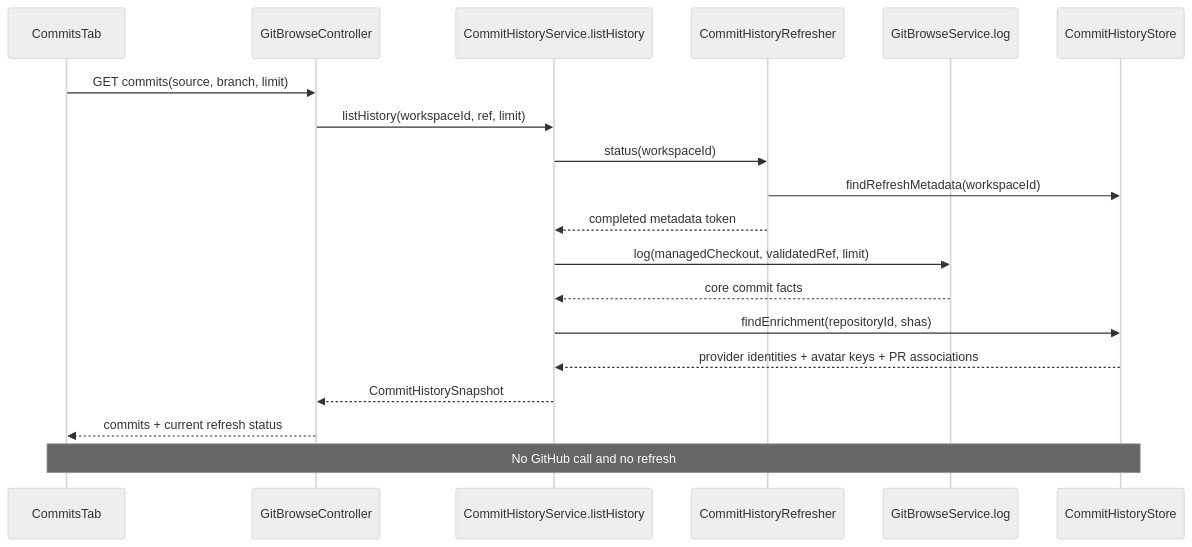
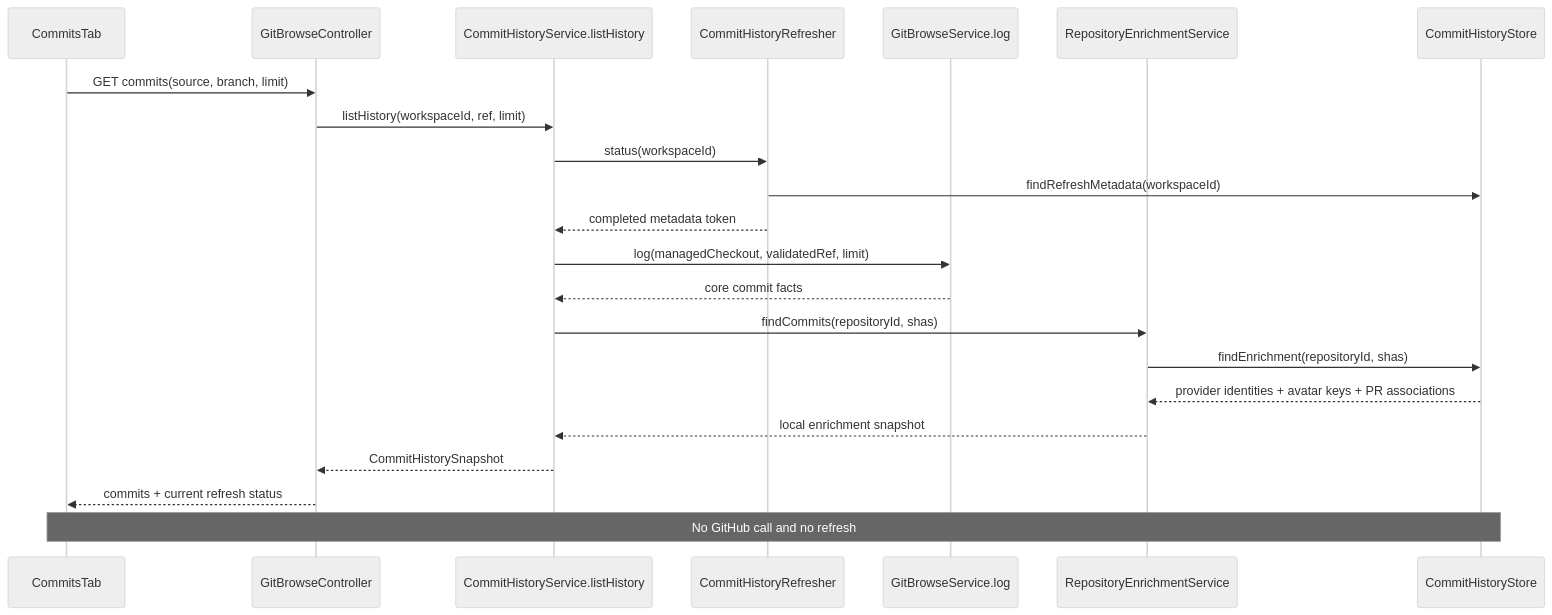
One commit to bytequay/bytequay changed the first of 3 diagrams in docs/design/commits.md. Above: the diagram before and after it, drawn with Mermaid (neutral theme). The commit also changed other lines of this file and 23 other files, not shown here.

Commit message:
Reuse repository enrichment for custom remotes

````diff
--- a/docs/design/commits.md
+++ b/docs/design/commits.md
@@ -409,22 +468,25 @@
 ```mermaid
 sequenceDiagram
     participant UI as CommitsTab
     participant API as GitBrowseController
     participant Service as CommitHistoryService.listHistory
     participant Refresher as CommitHistoryRefresher
     participant Git as GitBrowseService.log
+    participant Enrichment as RepositoryEnrichmentService
     participant Store as CommitHistoryStore
 
     UI->>API: GET commits(source, branch, limit)
     API->>Service: listHistory(workspaceId, ref, limit)
     Service->>Refresher: status(workspaceId)
     Refresher->>Store: findRefreshMetadata(workspaceId)
     Refresher-->>Service: completed metadata token
     Service->>Git: log(managedCheckout, validatedRef, limit)
     Git-->>Service: core commit facts
-    Service->>Store: findEnrichment(repositoryId, shas)
-    Store-->>Service: provider identities + avatar keys + PR associations
+    Service->>Enrichment: findCommits(repositoryId, shas)
+    Enrichment->>Store: findEnrichment(repositoryId, shas)
+    Store-->>Enrichment: provider identities + avatar keys + PR associations
+    Enrichment-->>Service: local enrichment snapshot
     Service-->>API: CommitHistorySnapshot
     API-->>UI: commits + current refresh status
     Note over UI,Store: No GitHub call and no refresh
 ```
````
